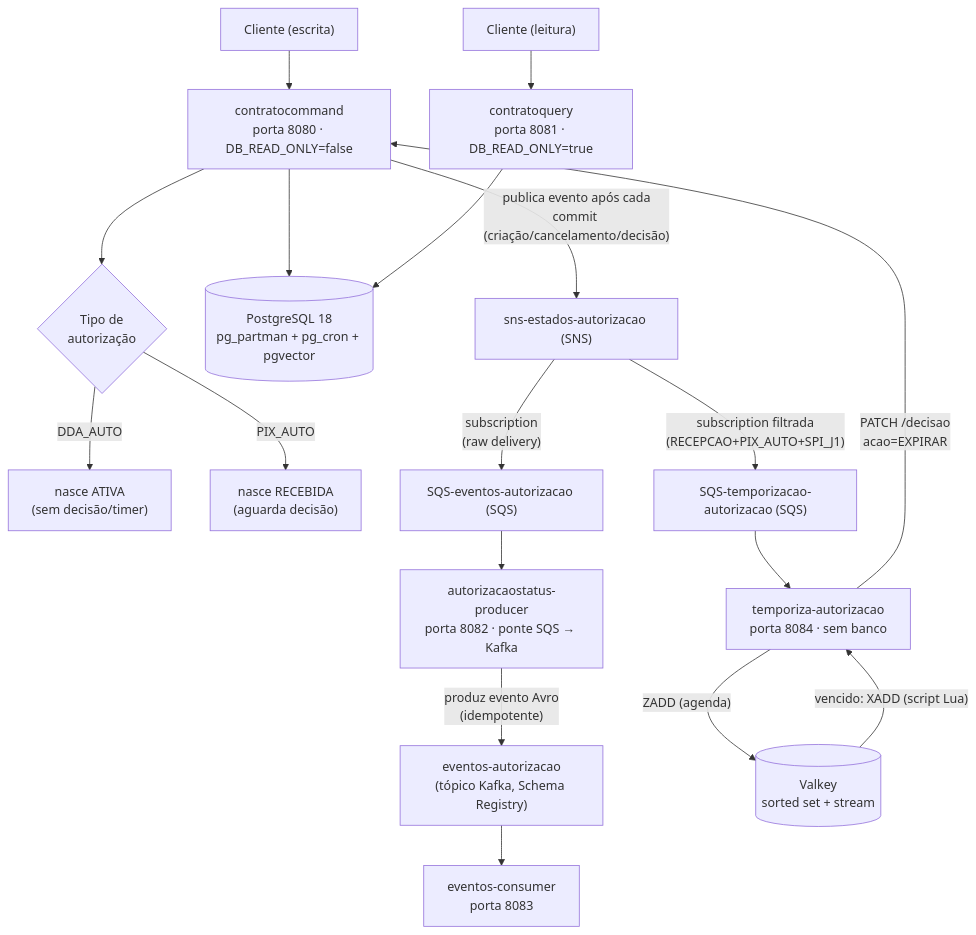
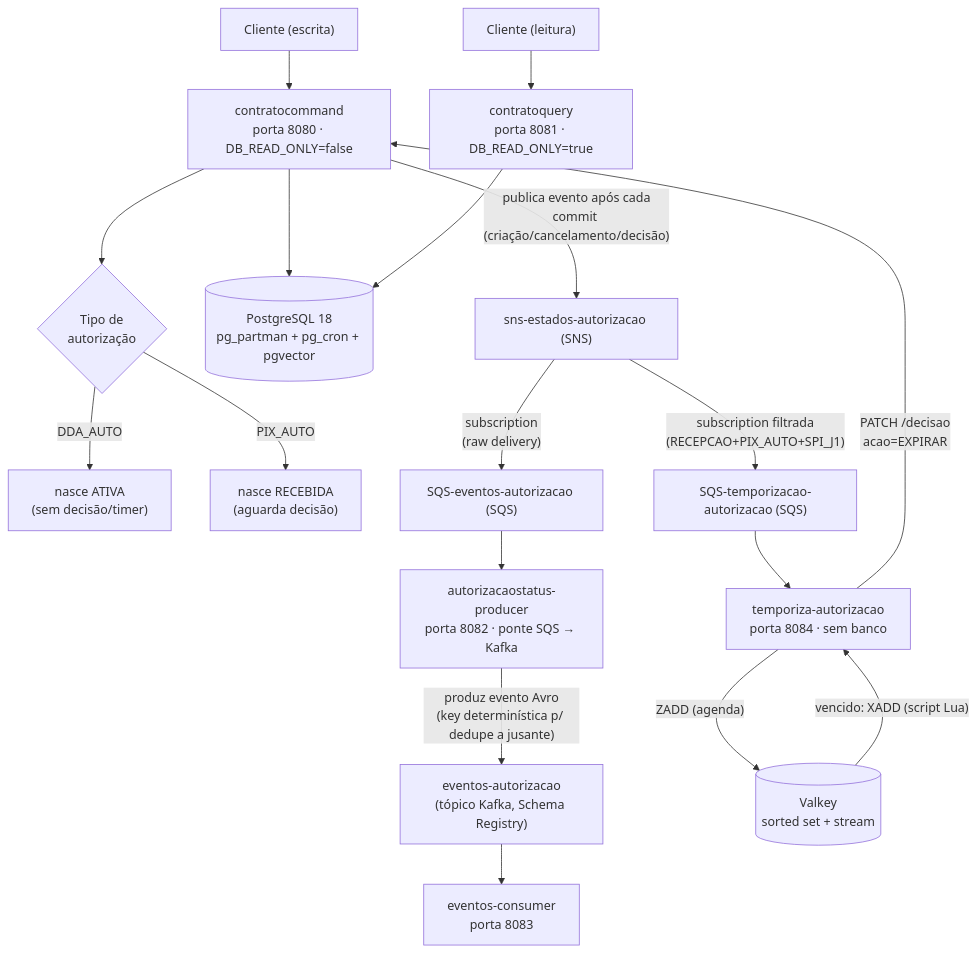
Before and after one commit to srportto/arj-pagrecorrentes-dbrelacional: the first of 5 diagrams in README.md, drawn with Mermaid. The commit also changed other lines of this file and 84 other files, not shown here.

````diff
--- a/README.md
+++ b/README.md
@@ -5,24 +5,24 @@
 ```mermaid
 flowchart TD
     ClienteEscrita["Cliente (escrita)"] --> Command["contratocommand<br/>porta 8080 · DB_READ_ONLY=false"]
     ClienteLeitura["Cliente (leitura)"] --> Query["contratoquery<br/>porta 8081 · DB_READ_ONLY=true"]
 
     Command --> TipoAutorizacao{"Tipo de<br/>autorização"}
     TipoAutorizacao -->|"DDA_AUTO"| DdaAtiva["nasce ATIVA<br/>(sem decisão/timer)"]
     TipoAutorizacao -->|"PIX_AUTO"| PixRecebida["nasce RECEBIDA<br/>(aguarda decisão)"]
 
     Command --> Postgres[("PostgreSQL 18<br/>pg_partman + pg_cron + pgvector")]
     Query --> Postgres
 
     Command -->|"publica evento após cada<br/>commit (criação/cancelamento/decisão)"| SNS["sns-estados-autorizacao (SNS)"]
     SNS -->|"subscription<br/>(raw delivery)"| SQS["SQS-eventos-autorizacao (SQS)"]
     SQS --> Producer["autorizacaostatus-producer<br/>porta 8082 · ponte SQS → Kafka"]
-    Producer -->|"produz evento Avro<br/>(idempotente)"| Kafka["eventos-autorizacao<br/>(tópico Kafka, Schema Registry)"]
+    Producer -->|"produz evento Avro<br/>(key determinística p/ dedupe a jusante)"| Kafka["eventos-autorizacao<br/>(tópico Kafka, Schema Registry)"]
     Kafka --> Consumer["eventos-consumer<br/>porta 8083"]
 
     SNS -->|"subscription filtrada<br/>(RECEPCAO+PIX_AUTO+SPI_J1)"| SQST["SQS-temporizacao-autorizacao (SQS)"]
     SQST --> Temporiza["temporiza-autorizacao<br/>porta 8084 · sem banco"]
     Temporiza -->|"ZADD (agenda)"| Valkey[("Valkey<br/>sorted set + stream")]
     Valkey -->|"vencido: XADD (script Lua)"| Temporiza
     Temporiza -->|"PATCH /decisao<br/>acao=EXPIRAR"| Command
 ```
````
